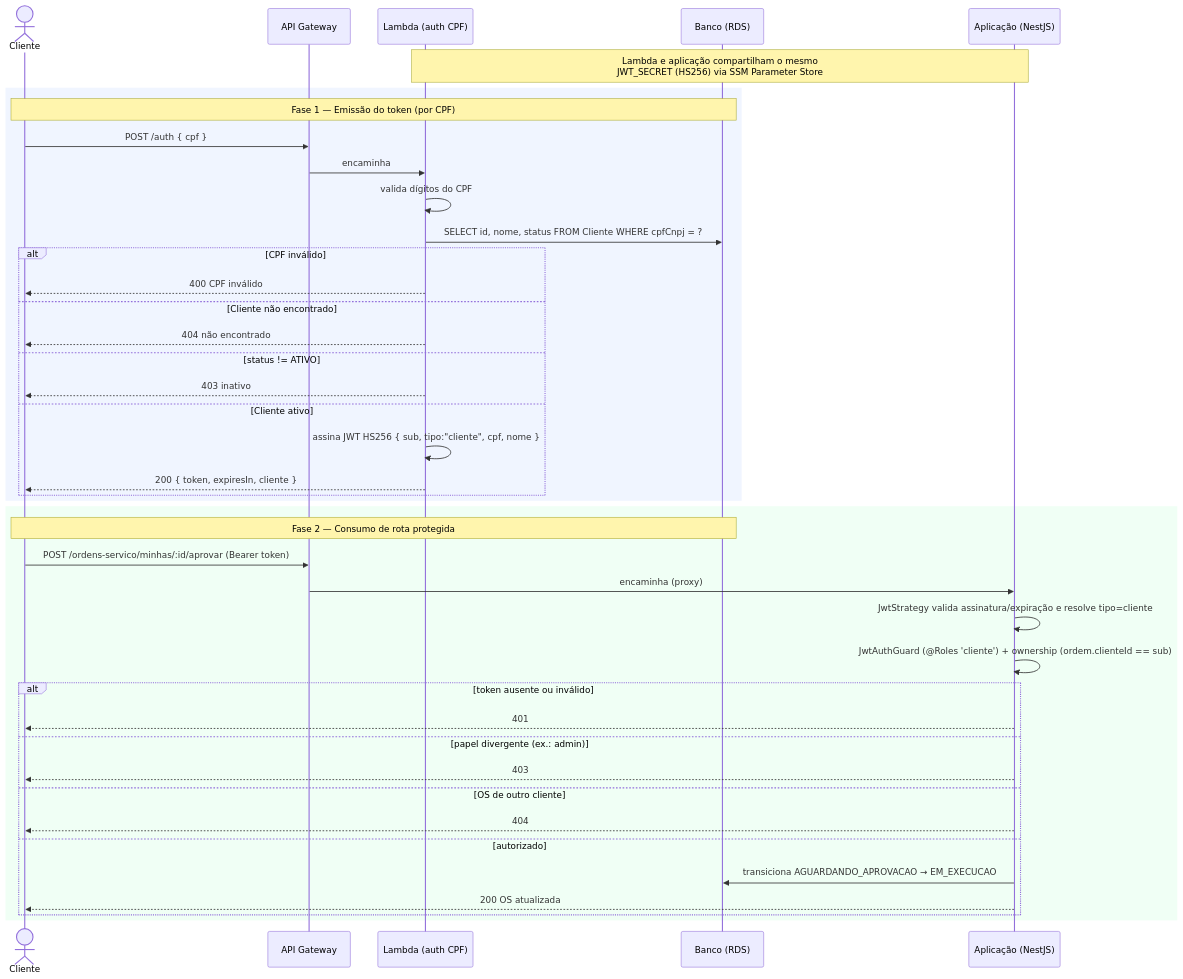
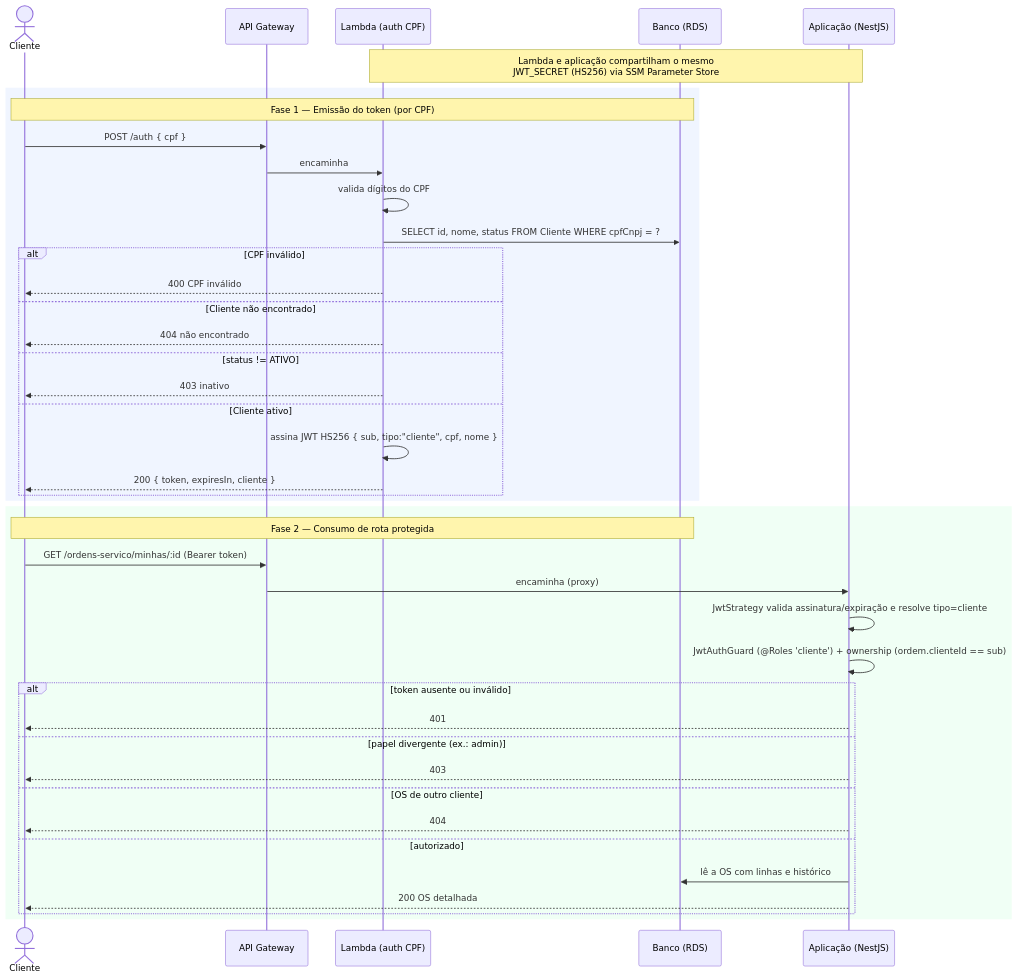
Before and after one commit to LucasValada/tech-challenge-fiap: the tenth of 11 diagrams in README.md, drawn with Mermaid. The commit also changed other lines of this file and 25 other files, not shown here.

````diff
--- a/README.md
+++ b/README.md
@@ -576,46 +818,46 @@
 ```mermaid
 sequenceDiagram
     actor C as Cliente
     participant GW as API Gateway
     participant L as Lambda (auth CPF)
     participant DB as Banco (RDS)
     participant APP as Aplicação (NestJS)
 
     Note over L,APP: Lambda e aplicação compartilham o mesmo<br/>JWT_SECRET (HS256) via SSM Parameter Store
 
     rect rgb(240, 245, 255)
     Note over C,DB: Fase 1 — Emissão do token (por CPF)
     C->>GW: POST /auth { cpf }
     GW->>L: encaminha
     L->>L: valida dígitos do CPF
     L->>DB: SELECT id, nome, status FROM Cliente WHERE cpfCnpj = ?
     alt CPF inválido
         L-->>C: 400 CPF inválido
     else Cliente não encontrado
         L-->>C: 404 não encontrado
     else status != ATIVO
         L-->>C: 403 inativo
     else Cliente ativo
         L->>L: assina JWT HS256 { sub, tipo:"cliente", cpf, nome }
         L-->>C: 200 { token, expiresIn, cliente }
     end
     end
 
     rect rgb(240, 255, 245)
     Note over C,DB: Fase 2 — Consumo de rota protegida
-    C->>GW: POST /ordens-servico/minhas/:id/aprovar (Bearer token)
+    C->>GW: GET /ordens-servico/minhas/:id (Bearer token)
     GW->>APP: encaminha (proxy)
     APP->>APP: JwtStrategy valida assinatura/expiração e resolve tipo=cliente
     APP->>APP: JwtAuthGuard (@Roles 'cliente') + ownership (ordem.clienteId == sub)
     alt token ausente ou inválido
         APP-->>C: 401
     else papel divergente (ex.: admin)
         APP-->>C: 403
     else OS de outro cliente
         APP-->>C: 404
     else autorizado
-        APP->>DB: transiciona AGUARDANDO_APROVACAO → EM_EXECUCAO
-        APP-->>C: 200 OS atualizada
+        APP->>DB: lê a OS com linhas e histórico
+        APP-->>C: 200 OS detalhada
     end
     end
 ```
````
